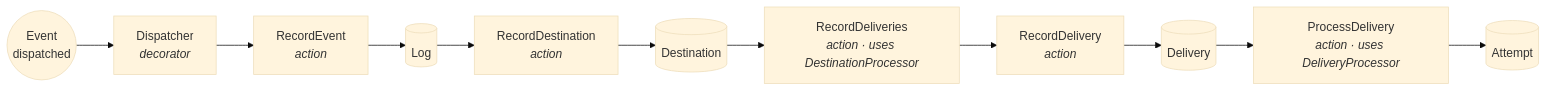
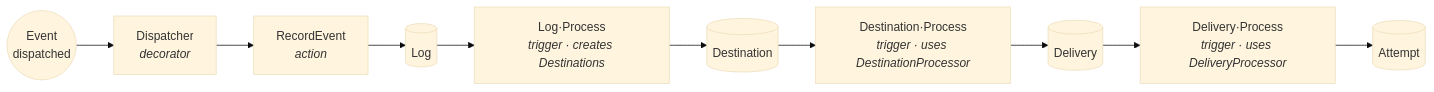
The first of 2 diagrams in README.md (AryeoHQ/event-log), drawn with Mermaid (base theme) before and after one commit. The commit also changed other lines of this file, not shown here.

````diff
--- a/README.md
+++ b/README.md
@@ -5,14 +5,13 @@
 ```mermaid
 flowchart LR
     Event(("Event<br/>dispatched"))
     --> Dispatcher["Dispatcher<br/><i>decorator</i>"]
     --> RecordEvent["RecordEvent<br/><i>action</i>"]
     --> Log[("Log")]
-    --> RecordDestination["RecordDestination<br/><i>action</i>"]
+    --> LogProcess["Log·Process<br/><i>trigger · creates Destinations</i>"]
     --> Destination[("Destination")]
-    --> RecordDeliveries["RecordDeliveries<br/><i>action · uses DestinationProcessor</i>"]
-    --> RecordDelivery["RecordDelivery<br/><i>action</i>"]
+    --> DestProcess["Destination·Process<br/><i>trigger · uses DestinationProcessor</i>"]
     --> Delivery[("Delivery")]
-    --> ProcessDelivery["ProcessDelivery<br/><i>action · uses DeliveryProcessor</i>"]
+    --> DelProcess["Delivery·Process<br/><i>trigger · uses DeliveryProcessor</i>"]
     --> Attempt[("Attempt")]
 ```
````
